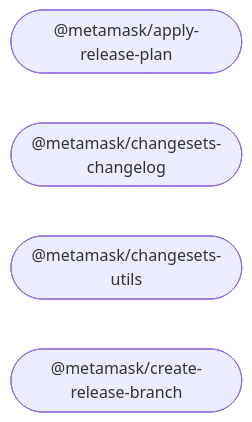
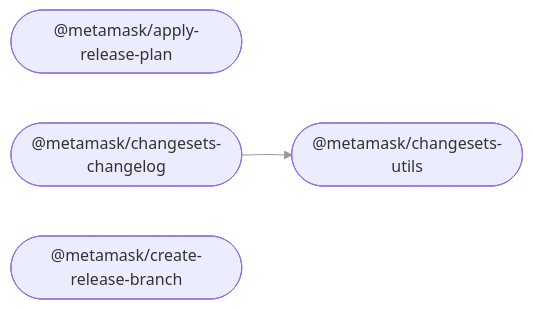
One commit to MetaMask/release-tools changed the diagram in README.md. Above: the diagram before and after it, drawn with Mermaid. The commit also changed 16 other files, not shown here.

First line of the commit message:
feat: add changesets changelog metadata (#87)

````diff
--- a/README.md
+++ b/README.md
@@ -28,9 +28,10 @@
 ```mermaid
 %%{ init: { 'flowchart': { 'curve': 'bumpX' } } }%%
 graph LR;
 linkStyle default opacity:0.5
   apply_release_plan(["@metamask/apply-release-plan"]);
   changesets_changelog(["@metamask/changesets-changelog"]);
   changesets_utils(["@metamask/changesets-utils"]);
   create_release_branch(["@metamask/create-release-branch"]);
+  changesets_changelog --> changesets_utils;
 ```
````
